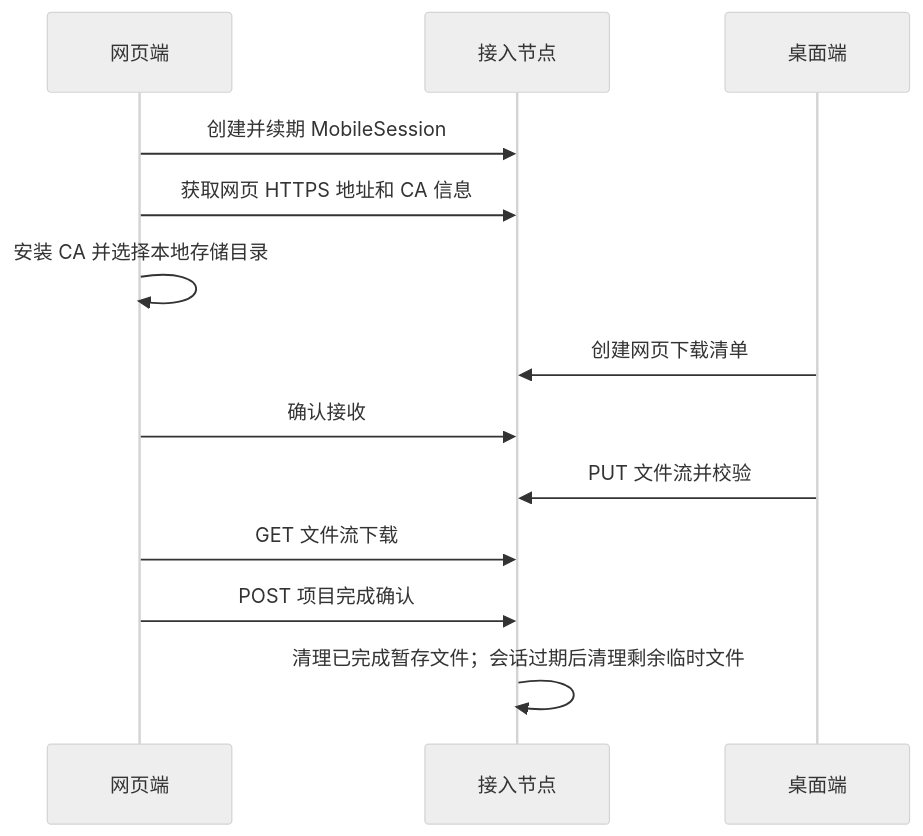
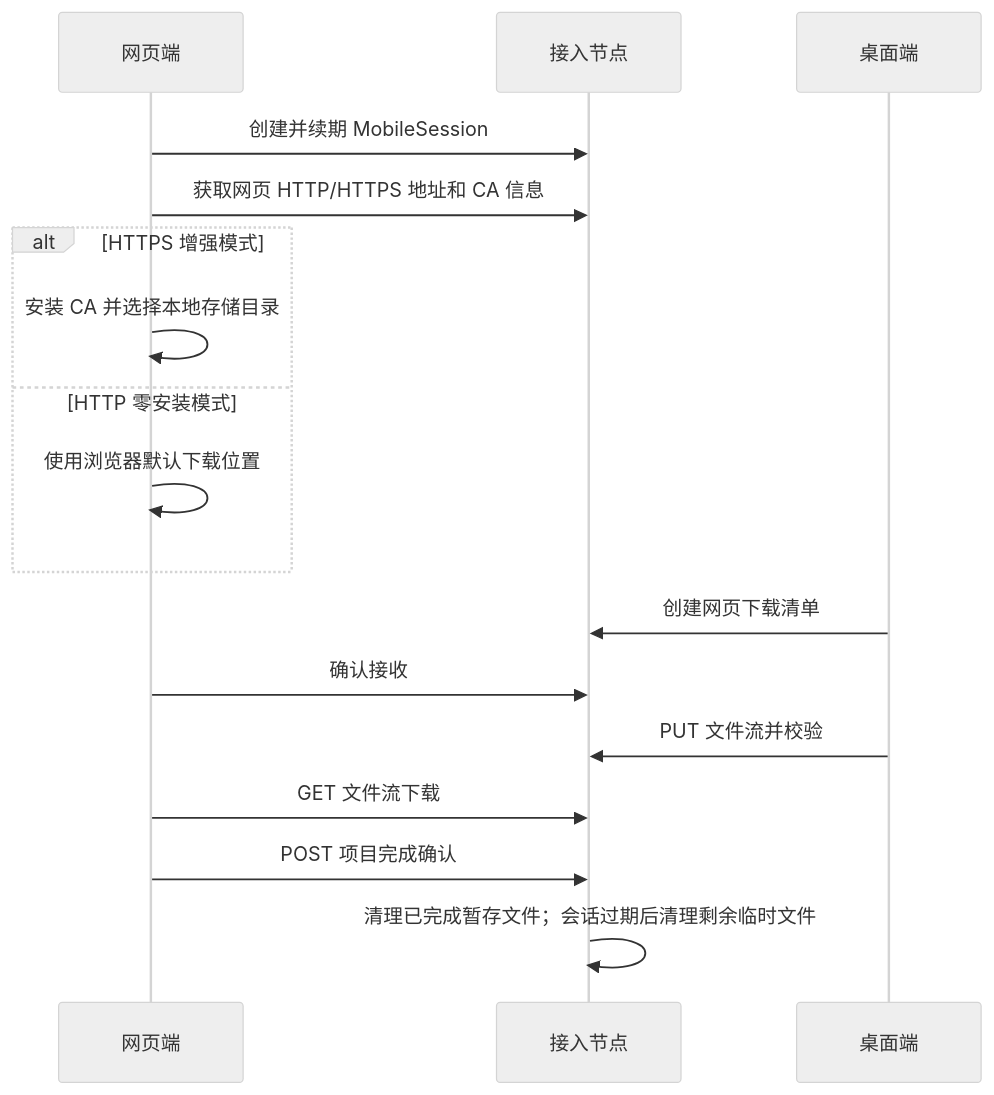
The sixth of 6 diagrams in docs/ARCHITECTURE_MAP.md (yangjinming1062/MeshShare), drawn with Mermaid (neutral theme) before and after one commit. The commit also changed other lines of this file and 7 other files, not shown here.

````diff
--- a/docs/ARCHITECTURE_MAP.md
+++ b/docs/ARCHITECTURE_MAP.md
@@ -92,15 +92,19 @@
 ```mermaid
 sequenceDiagram
   participant P as 网页端
   participant R as 接入节点
   participant U as 桌面端
   P->>R: 创建并续期 MobileSession
-  P->>R: 获取网页 HTTPS 地址和 CA 信息
-  P->>P: 安装 CA 并选择本地存储目录
+  P->>R: 获取网页 HTTP/HTTPS 地址和 CA 信息
+  alt HTTPS 增强模式
+    P->>P: 安装 CA 并选择本地存储目录
+  else HTTP 零安装模式
+    P->>P: 使用浏览器默认下载位置
+  end
   U->>R: 创建网页下载清单
   P->>R: 确认接收
   U->>R: PUT 文件流并校验
   P->>R: GET 文件流下载
   P->>R: POST 项目完成确认
   R->>R: 清理已完成暂存文件；会话过期后清理剩余临时文件
 ```
````
